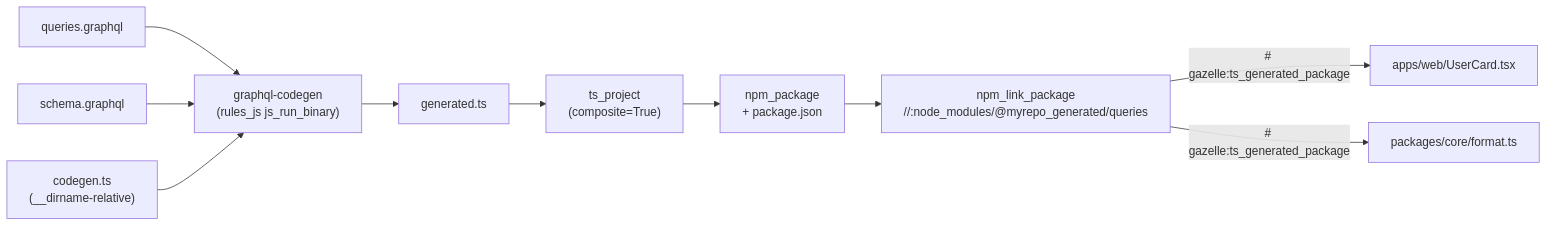
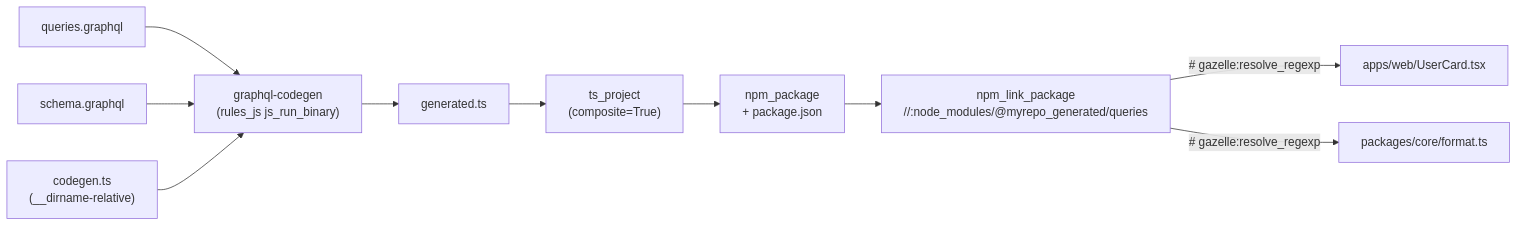
One commit to hermeticbuild/gazelle_plugins changed the diagram in examples/graphql/README.md. Above: the diagram before and after it, drawn with Mermaid. The commit also changed other lines of this file and 18 other files, not shown here.

First line of the commit message:
Remove ts_generated_package directive (#65)

````diff
--- a/examples/graphql/README.md
+++ b/examples/graphql/README.md
@@ -9,12 +9,12 @@
 ```mermaid
 flowchart LR
     Q["queries.graphql"] --> CG["graphql-codegen<br/>(rules_js js_run_binary)"]
     S["schema.graphql"] --> CG
     C["codegen.ts<br/>(__dirname-relative)"] --> CG
     CG --> GEN["generated.ts"]
     GEN --> TSP["ts_project<br/>(composite=True)"]
     TSP --> NP["npm_package<br/>+ package.json"]
     NP --> LINK["npm_link_package<br/>//:node_modules/@myrepo_generated/queries"]
-    LINK -->|"# gazelle:ts_generated_package"| WEB["apps/web/UserCard.tsx"]
-    LINK -->|"# gazelle:ts_generated_package"| CORE["packages/core/format.ts"]
+    LINK -->|"# gazelle:resolve_regexp"| WEB["apps/web/UserCard.tsx"]
+    LINK -->|"# gazelle:resolve_regexp"| CORE["packages/core/format.ts"]
 ```
````
